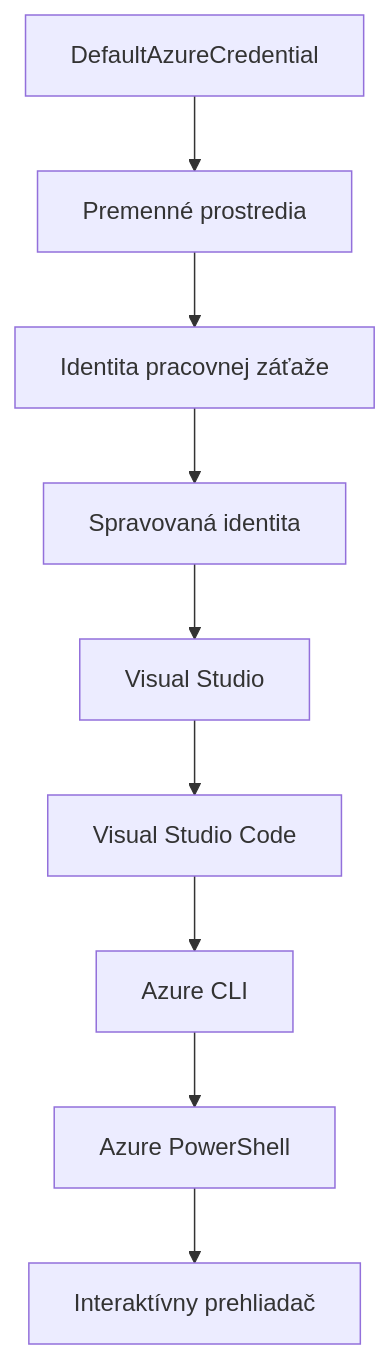
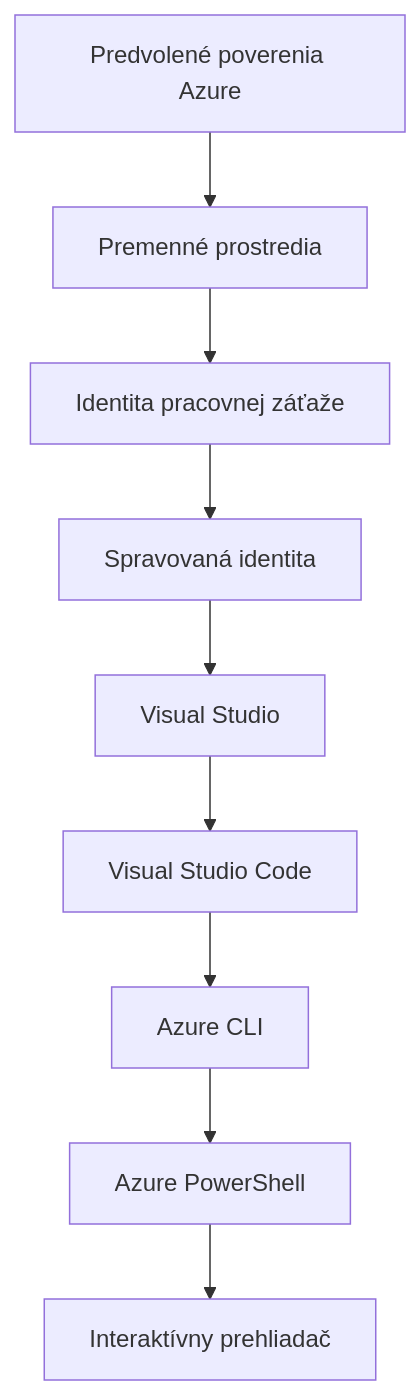
Before and after one commit to microsoft/AZD-for-beginners: the second of 2 diagrams in translations/sk/docs/chapter-01-foundation/azd-basics.md, drawn with Mermaid. The commit also changed other lines of this file and 101 other files, not shown here.

````diff
--- a/translations/sk/docs/chapter-01-foundation/azd-basics.md
+++ b/translations/sk/docs/chapter-01-foundation/azd-basics.md
@@ -556,11 +593,11 @@
 ```mermaid
 graph TD
-    A[DefaultAzureCredential] --> B[Premenné prostredia]
+    A[Predvolené poverenia Azure] --> B[Premenné prostredia]
     B --> C[Identita pracovnej záťaže]
     C --> D[Spravovaná identita]
     D --> E[Visual Studio]
     E --> F[Visual Studio Code]
     F --> G[Azure CLI]
     G --> H[Azure PowerShell]
     H --> I[Interaktívny prehliadač]
 ```
````
